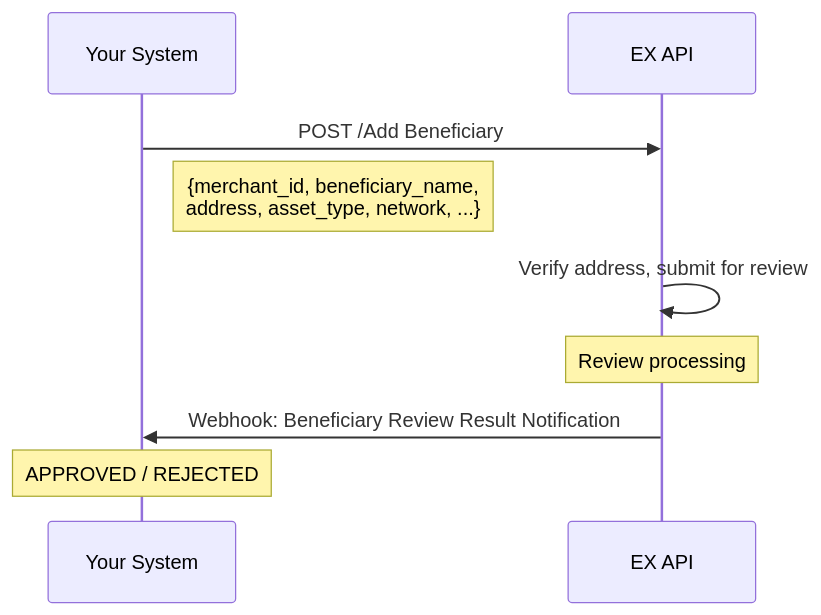
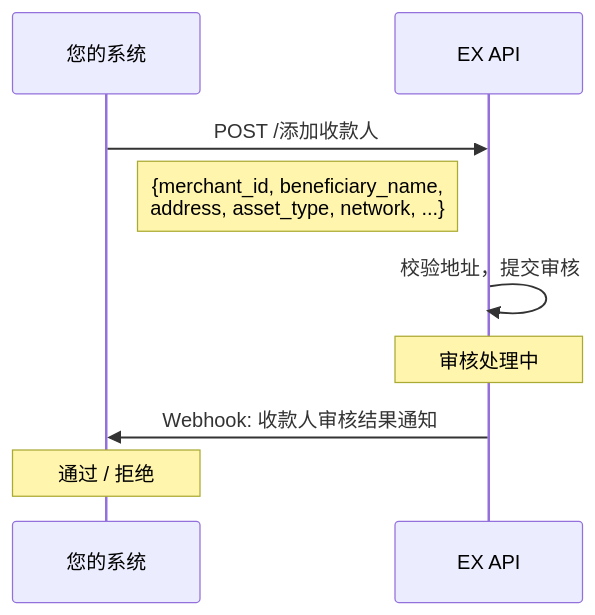
Before and after one commit to xiaoxiaoangie/EX-NEW: the eighth of 16 diagrams in Solutions/solutions/crypto-solutions-cn.md, drawn with Mermaid. The commit also changed other lines of this file and 36 other files, not shown here.

````diff
--- a/Solutions/solutions/crypto-solutions-cn.md
+++ b/Solutions/solutions/crypto-solutions-cn.md
@@ -340,12 +340,12 @@
 ```mermaid
 sequenceDiagram
-    participant You as Your System
+    participant You as 您的系统
     participant EX as EX API
 
-    You->>EX: POST /Add Beneficiary
+    You->>EX: POST /添加收款人
     Note right of You: {merchant_id, beneficiary_name,<br/>address, asset_type, network, ...}
-    EX->>EX: Verify address, submit for review
-    Note over EX: Review processing
-    EX->>You: Webhook: Beneficiary Review Result Notification
-    Note over You: APPROVED / REJECTED
+    EX->>EX: 校验地址，提交审核
+    Note over EX: 审核处理中
+    EX->>You: Webhook: 收款人审核结果通知
+    Note over You: 通过 / 拒绝
 ```
````
